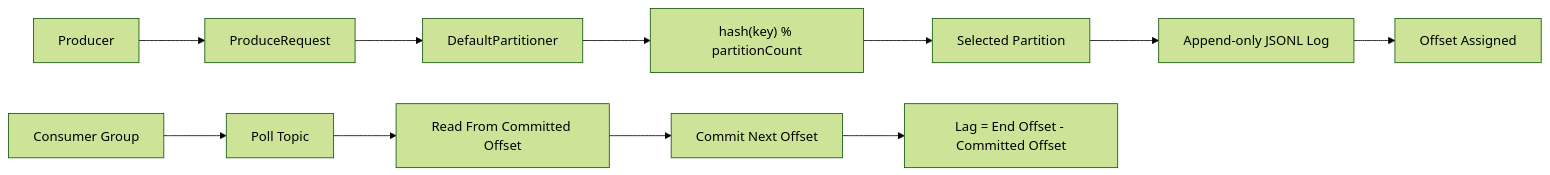
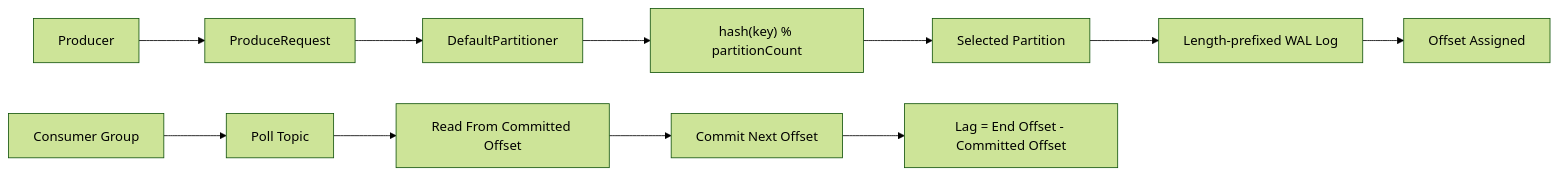
The third of 6 diagrams in README.md (Aryashrestha2023/MiniKafka), drawn with Mermaid (forest theme) before and after one commit. The commit also changed other lines of this file and 15 other files, not shown here.

````diff
--- a/README.md
+++ b/README.md
@@ -83,14 +85,14 @@
 ```mermaid
 flowchart LR
     Producer["Producer"] --> Request["ProduceRequest"]
     Request --> Partitioner["DefaultPartitioner"]
     Partitioner --> Choice["hash(key) % partitionCount"]
     Choice --> Partition["Selected Partition"]
-    Partition --> Log["Append-only JSONL Log"]
+    Partition --> Log["Length-prefixed WAL Log"]
     Log --> Offset["Offset Assigned"]
 
     Consumer["Consumer Group"] --> Poll["Poll Topic"]
     Poll --> Read["Read From Committed Offset"]
     Read --> Commit["Commit Next Offset"]
     Commit --> Lag["Lag = End Offset - Committed Offset"]
 ```
````
